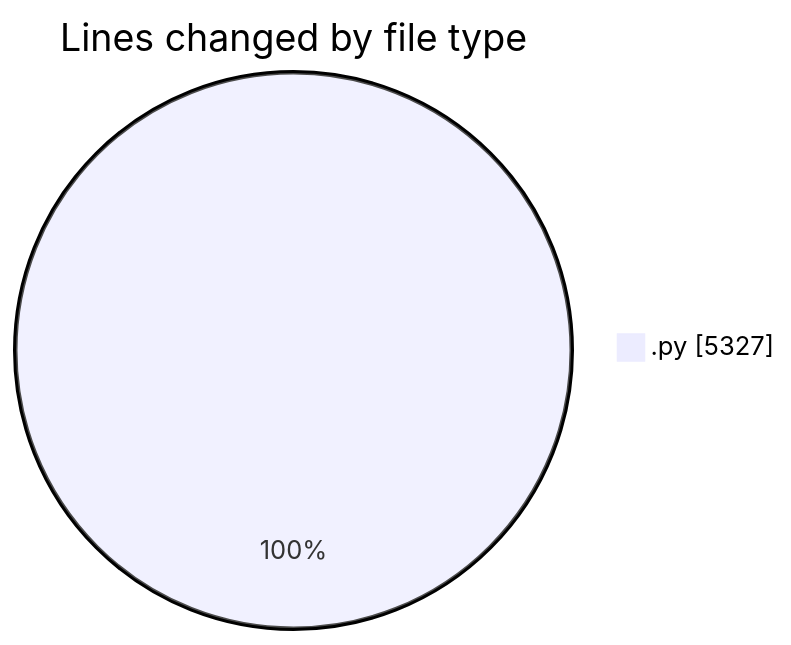
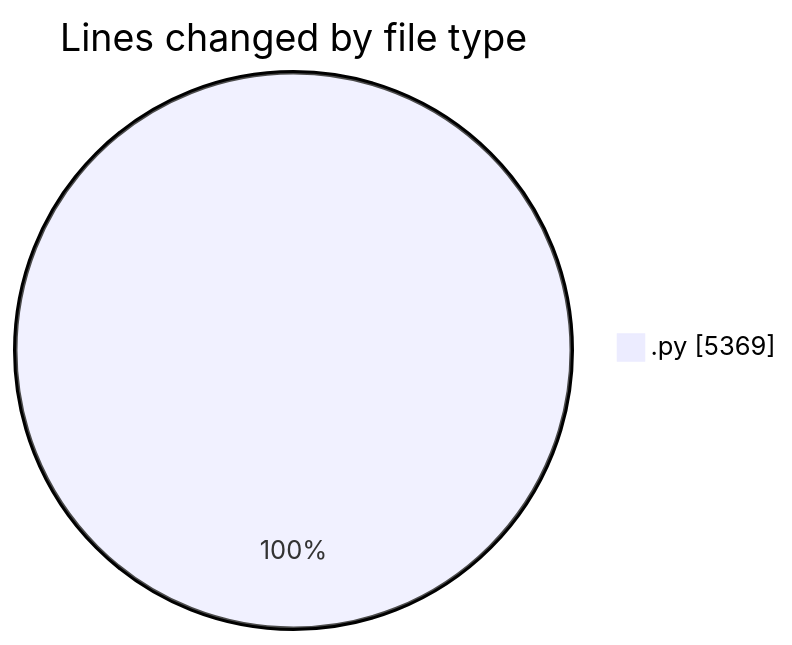
One commit to MatusMokan/code-tracking changed the first of 2 diagrams in 2025-04-18/myws__workspace_/README.md. Above: the diagram before and after it, drawn with Mermaid. The commit also changed other lines of this file and 1 other file, not shown here.

````diff
--- a/2025-04-18/myws__workspace_/README.md
+++ b/2025-04-18/myws__workspace_/README.md
@@ -22,5 +22,5 @@
 ```mermaid
 pie showData
 title Lines changed by file type
-".py" : 5327
+".py" : 5369
 ```
````
